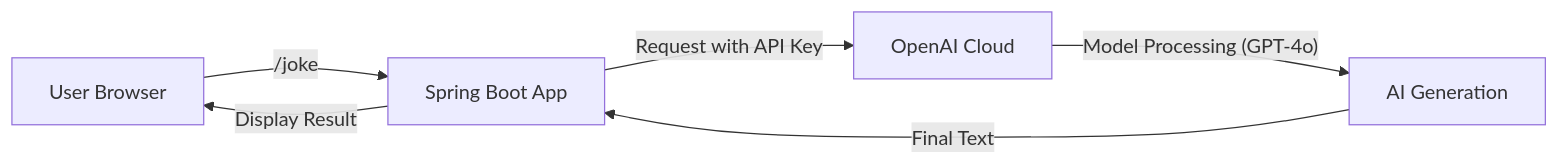
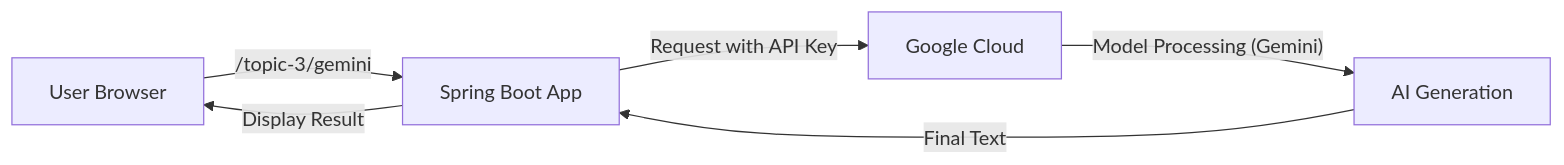
The diagram in documentation/Topic-3-Integrating-OpenAI-with-Spring-Boot/README.md (tusquake/Spring-AI), drawn with Mermaid before and after one commit. The commit also changed other lines of this file and 16 other files, not shown here.

````diff
--- a/documentation/Topic-3-Integrating-OpenAI-with-Spring-Boot/README.md
+++ b/documentation/Topic-3-Integrating-OpenAI-with-Spring-Boot/README.md
@@ -63,8 +62,8 @@
 ```mermaid
 graph LR
-    A[User Browser] -- /joke --> B[Spring Boot App]
-    B -- Request with API Key --> C[OpenAI Cloud]
-    C -- "Model Processing (GPT-4o)" --> D[AI Generation]
+    A[User Browser] -- /topic-3/gemini --> B[Spring Boot App]
+    B -- Request with API Key --> C[Google Cloud]
+    C -- "Model Processing (Gemini)" --> D[AI Generation]
     D -- Final Text --> B
     B -- Display Result --> A
 ```
````
